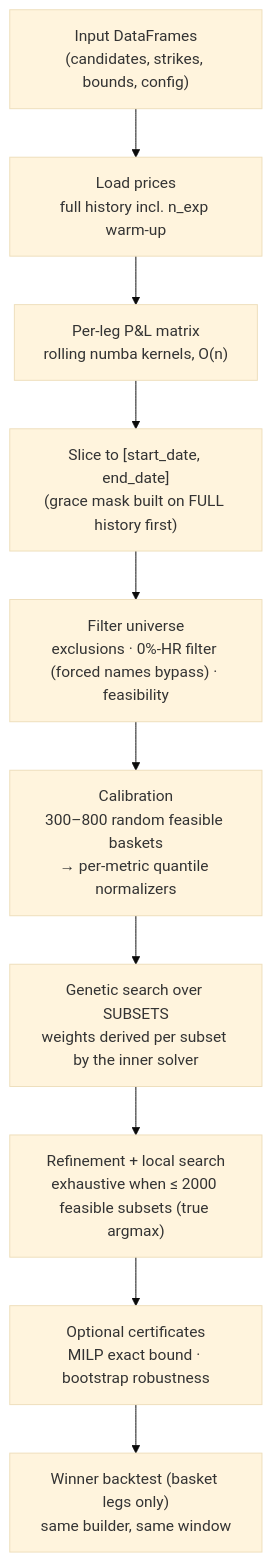
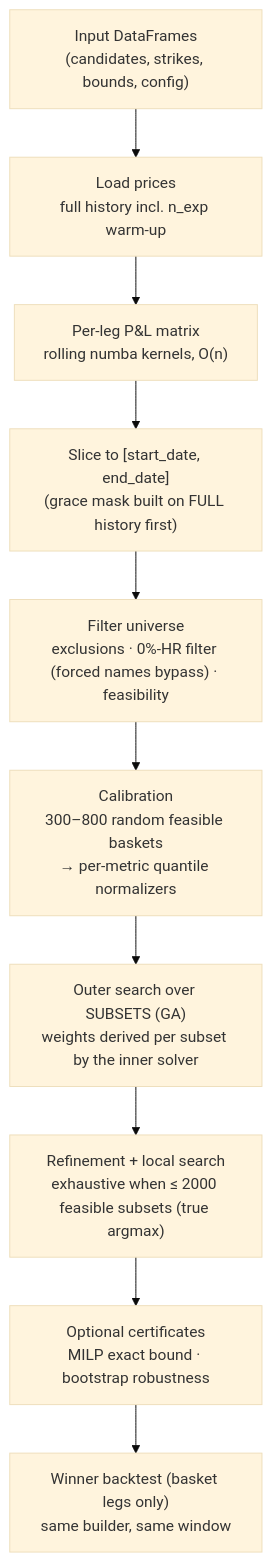
The second of 5 diagrams in ARCHITECTURE.md (AnthonyNadjari/Disp), drawn with Mermaid (base theme) before and after one commit. The commit also changed other lines of this file, not shown here.

First line of the commit message:
Deepen ARCHITECTURE.md: solver/score/GA prose, more diagrams, drop usage section

````diff
--- a/ARCHITECTURE.md
+++ b/ARCHITECTURE.md
@@ -67,12 +70,12 @@
 ```mermaid
 flowchart TD
     A["Input DataFrames<br/>(candidates, strikes, bounds, config)"] --> B["Load prices<br/>full history incl. n_exp warm-up"]
     B --> C["Per-leg P&L matrix<br/>rolling numba kernels, O(n)"]
     C --> D["Slice to [start_date, end_date]<br/>(grace mask built on FULL history first)"]
     D --> E["Filter universe<br/>exclusions · 0%-HR filter (forced names bypass) · feasibility"]
     E --> F["Calibration<br/>300–800 random feasible baskets<br/>→ per-metric quantile normalizers"]
-    F --> G["Genetic search over SUBSETS<br/>weights derived per subset by the inner solver"]
+    F --> G["Outer search over SUBSETS (GA)<br/>weights derived per subset by the inner solver"]
     G --> H["Refinement + local search<br/>exhaustive when ≤ 2000 feasible subsets (true argmax)"]
     H --> I["Optional certificates<br/>MILP exact bound · bootstrap robustness"]
     I --> J["Winner backtest (basket legs only)<br/>same builder, same window"]
 ```
````
